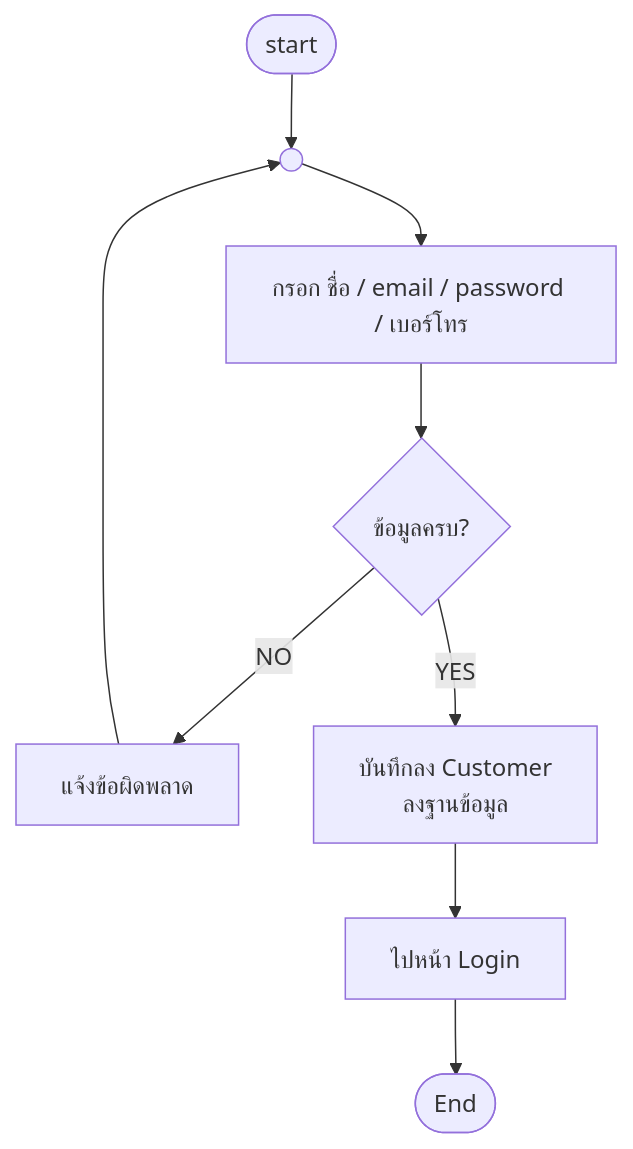
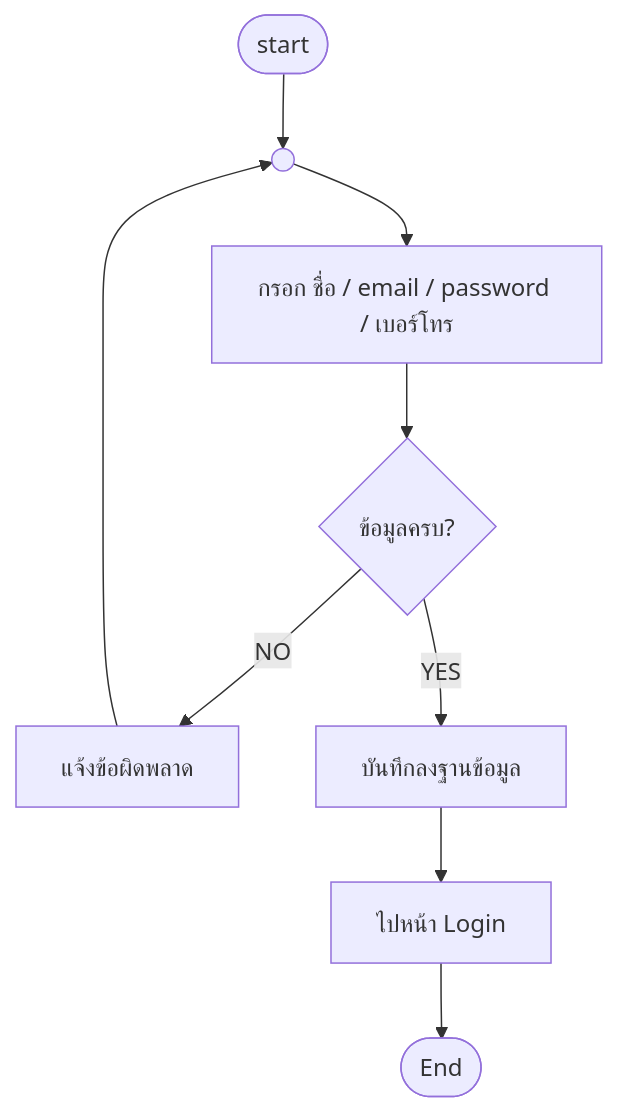
One commit to doraemon-kub/CSI402_Project-final changed the fourth of 18 diagrams in README.md. Above: the diagram before and after it, drawn with Mermaid. The commit also changed 2 other files, not shown here.

Commit message:
docs: simplify Register flowchart node text to บันทึกลงฐานข้อมูล

````diff
--- a/README.md
+++ b/README.md
@@ -177,11 +177,11 @@
 ```mermaid
 flowchart TD
     Start([start]) --> ConnReg(( ))
     ConnReg --> InputReg[กรอก ชื่อ / email / password / เบอร์โทร]
     InputReg --> CheckComplete{ข้อมูลครบ?}
     CheckComplete -- NO --> AlertErr[แจ้งข้อผิดพลาด]
     AlertErr --> ConnReg
-    CheckComplete -- YES --> SaveCustomer[บันทึกลง Customer\nลงฐานข้อมูล]
+    CheckComplete -- YES --> SaveCustomer[บันทึกลงฐานข้อมูล]
     SaveCustomer --> GoToLogin[ไปหน้า Login]
     GoToLogin --> End([End])
 ```
````
